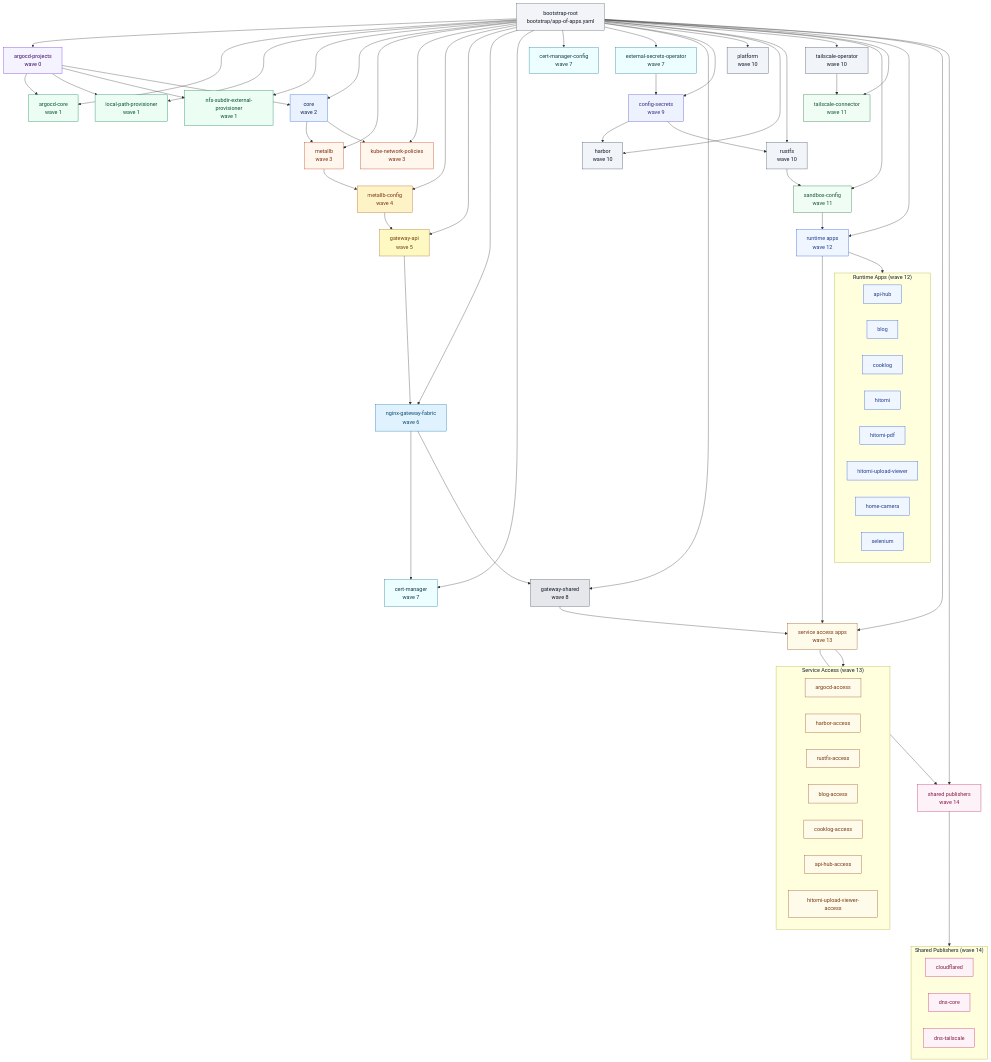
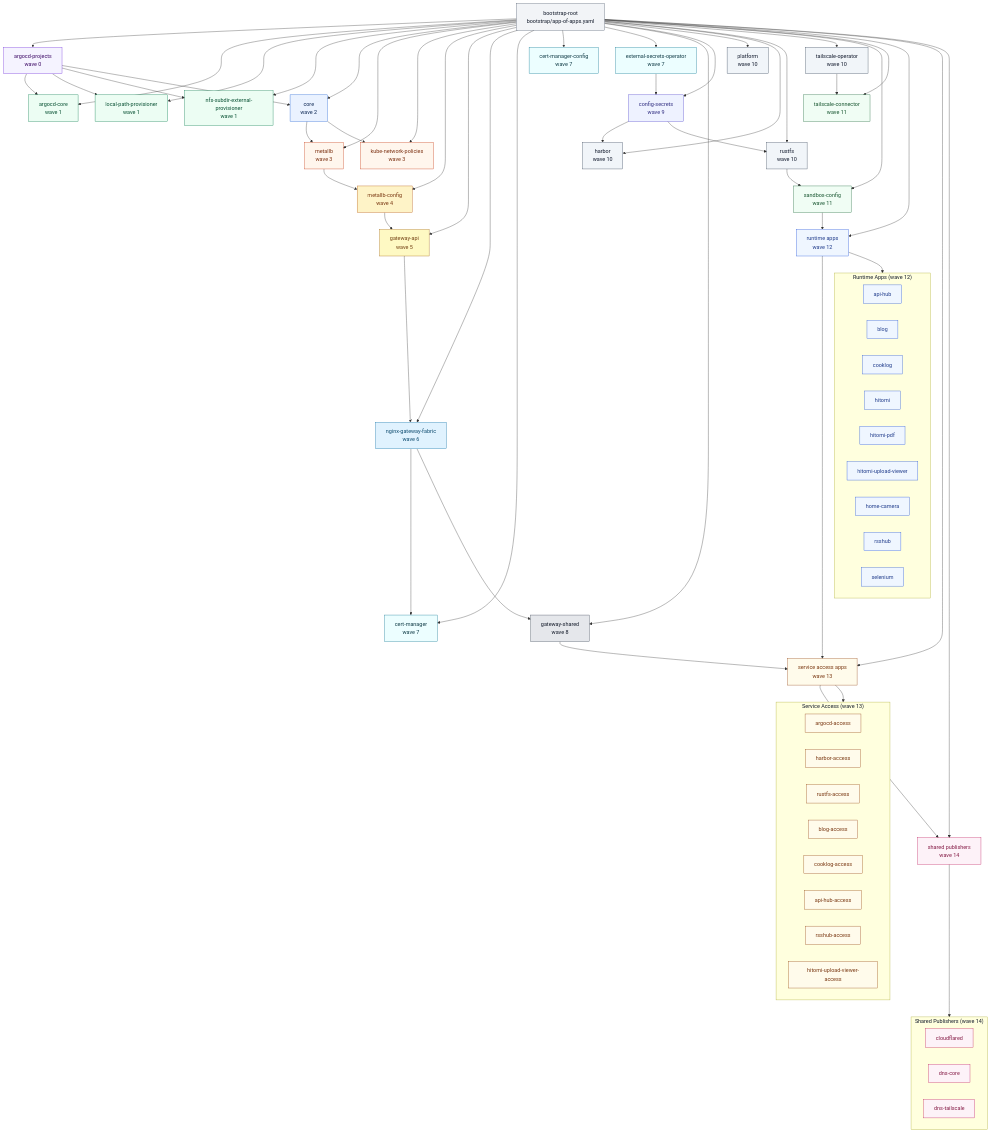
Before and after one commit to ksera524/k8s_myHome: the diagram in docs/diagrams/app-of-apps-sync-wave.md, drawn with Mermaid. The commit also changed 16 other files, not shown here.

```diff
--- a/docs/diagrams/app-of-apps-sync-wave.md
+++ b/docs/diagrams/app-of-apps-sync-wave.md
@@ -88,6 +88,7 @@
     hitomiPdf["hitomi-pdf"]:::wave12
     huv["hitomi-upload-viewer"]:::wave12
     camera["home-camera"]:::wave12
+    rsshub["rsshub"]:::wave12
     selenium["selenium"]:::wave12
   end
 
@@ -98,6 +99,7 @@
     blogAccess["blog-access"]:::wave13
     cooklogAccess["cooklog-access"]:::wave13
     apiHubAccess["api-hub-access"]:::wave13
+    rsshubAccess["rsshub-access"]:::wave13
     huvAccess["hitomi-upload-viewer-access"]:::wave13
   end
 
```
